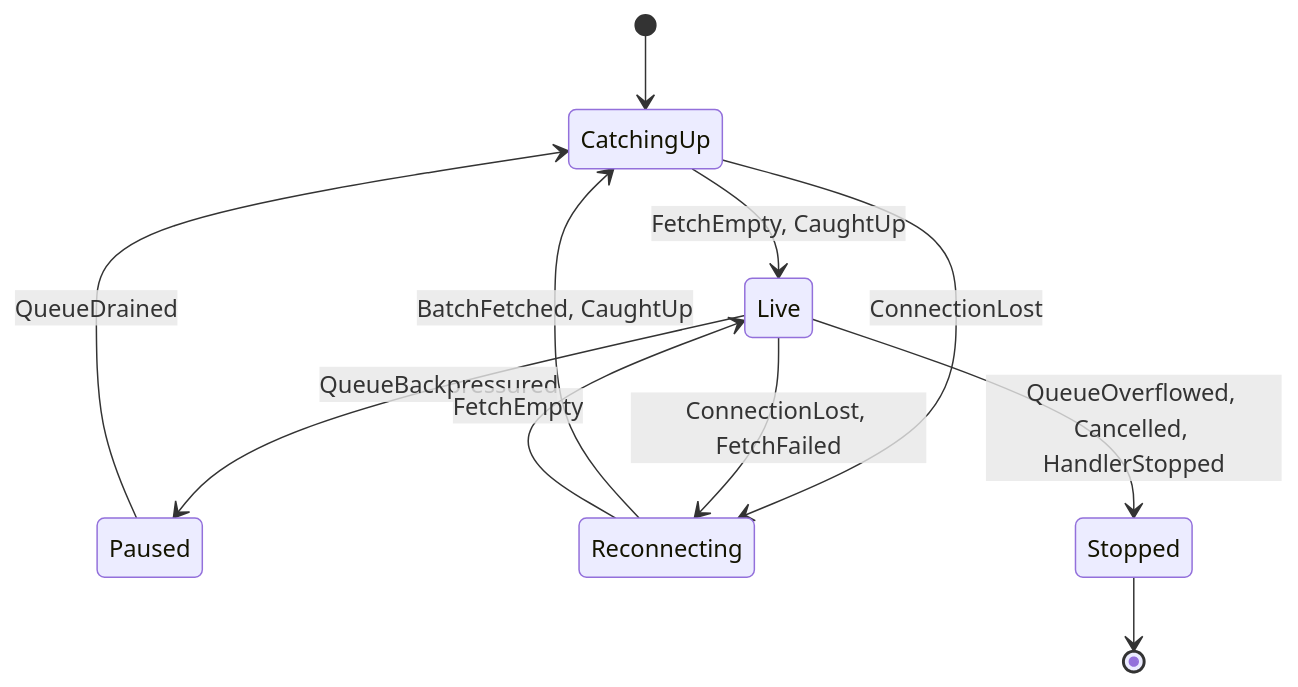
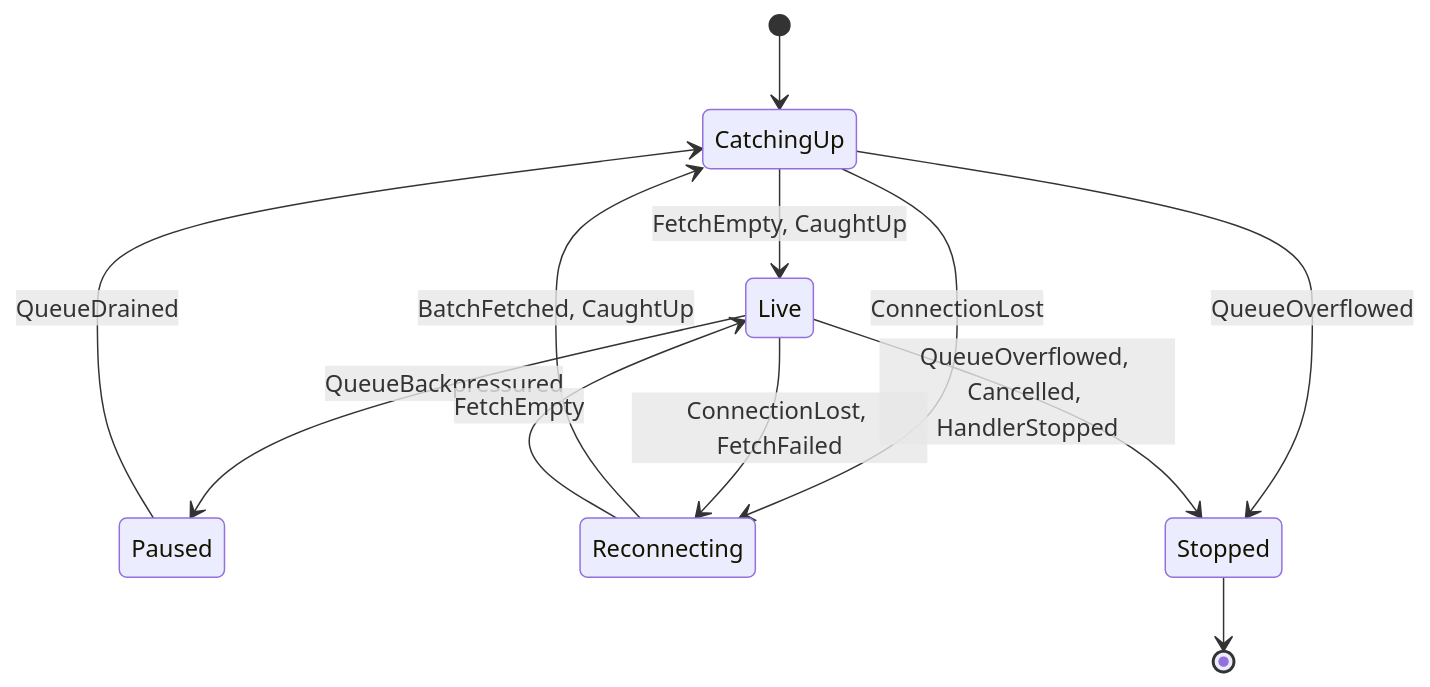
Before and after one commit to shinzui/keiro-runtime-docs: the diagram in content/docs/kiroku/walkthrough/01-the-state-machine.mdx, drawn with Mermaid. The commit also changed 95 other files, not shown here.

````diff
--- a/content/docs/kiroku/walkthrough/01-the-state-machine.mdx
+++ b/content/docs/kiroku/walkthrough/01-the-state-machine.mdx
@@ -99,13 +99,14 @@
 ```mermaid
 stateDiagram-v2
   [*] --> CatchingUp
   CatchingUp --> Live: FetchEmpty, CaughtUp
   Live --> Paused: QueueBackpressured
   Paused --> CatchingUp: QueueDrained
   CatchingUp --> Reconnecting: ConnectionLost
   Live --> Reconnecting: ConnectionLost, FetchFailed
   Reconnecting --> CatchingUp: BatchFetched, CaughtUp
   Reconnecting --> Live: FetchEmpty
+  CatchingUp --> Stopped: QueueOverflowed
   Live --> Stopped: QueueOverflowed, Cancelled, HandlerStopped
   Stopped --> [*]
 ```
````
